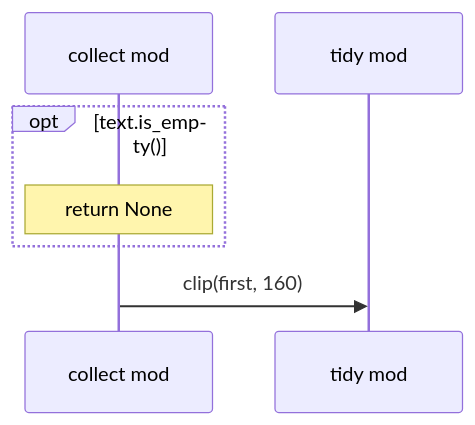
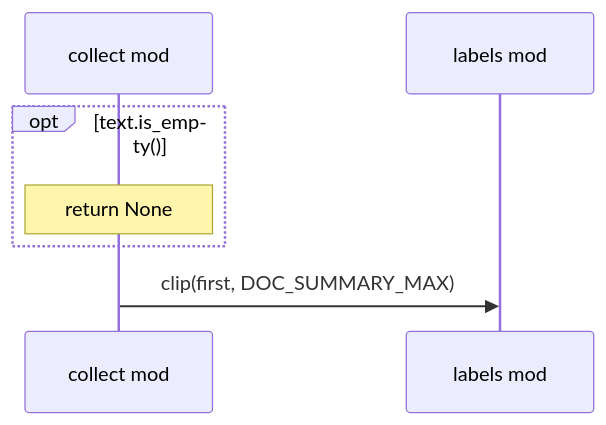
Before and after one commit to DreamLab-AI/codemaid: diagram 11 of 36 in docs/sealmap/crates/sealmap-rust/src/collect.rs.md, drawn with Mermaid. The commit also changed other lines of this file and 37 other files, not shown here.

First line of the commit message:
frontend: extract sealmap-frontend from sealmap-rust

````diff
--- a/docs/sealmap/crates/sealmap-rust/src/collect.rs.md
+++ b/docs/sealmap/crates/sealmap-rust/src/collect.rs.md
@@ -464,9 +460,9 @@
 ```mermaid
 sequenceDiagram
   participant sealmap_rust__collect as collect mod
-  participant sealmap_rust__tidy as tidy mod
+  participant sealmap_frontend__labels as labels mod
   opt text.is_empty()
     Note over sealmap_rust__collect: return None
   end
-  sealmap_rust__collect->>sealmap_rust__tidy: clip(first, 160)
+  sealmap_rust__collect->>sealmap_frontend__labels: clip(first, DOC_SUMMARY_MAX)
 ```
````
